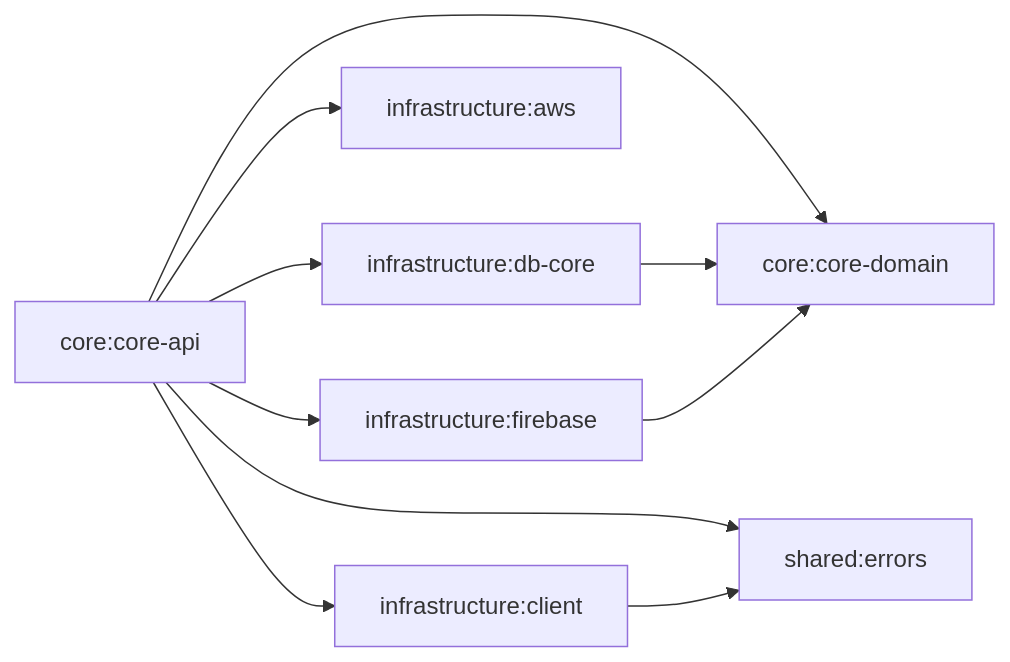
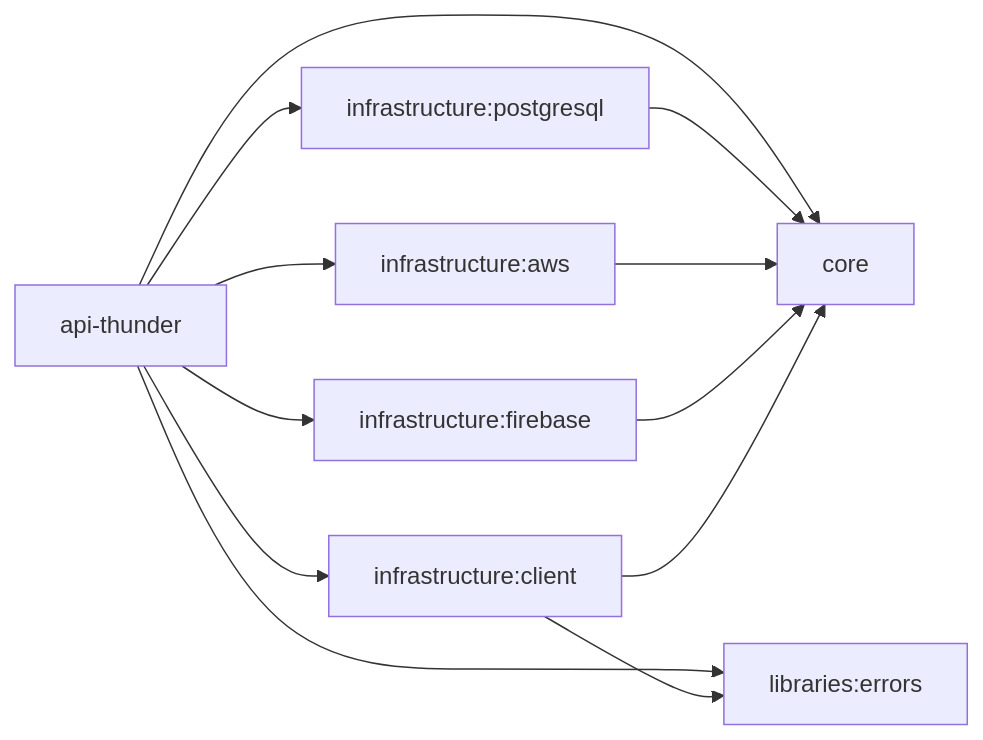
One commit to ThunderAppTeam/thunder-api changed the diagram in README.md. Above: the diagram before and after it, drawn with Mermaid. The commit also changed other lines of this file and 300 other files, not shown here.

Commit message:
refactor: restructure modules with build-logic and architecture tests, fix startup failures

````diff
--- a/README.md
+++ b/README.md
@@ -13,20 +13,22 @@
 ```mermaid
 flowchart LR
-    API["core:core-api"]
-    DOMAIN["core:core-domain"]
-    ERRORS["shared:errors"]
-    DB["infrastructure:db-core"]
+    API["api-thunder"]
+    CORE["core"]
+    ERRORS["libraries:errors"]
+    DB["infrastructure:postgresql"]
     AWS["infrastructure:aws"]
     FB["infrastructure:firebase"]
     CLIENT["infrastructure:client"]
 
-    API --> DOMAIN
+    API --> CORE
     API --> ERRORS
     API --> DB
     API --> AWS
     API --> FB
     API --> CLIENT
-    DB --> DOMAIN
-    FB --> DOMAIN
+    DB --> CORE
+    AWS --> CORE
+    FB --> CORE
+    CLIENT --> CORE
     CLIENT --> ERRORS
 ```
````
